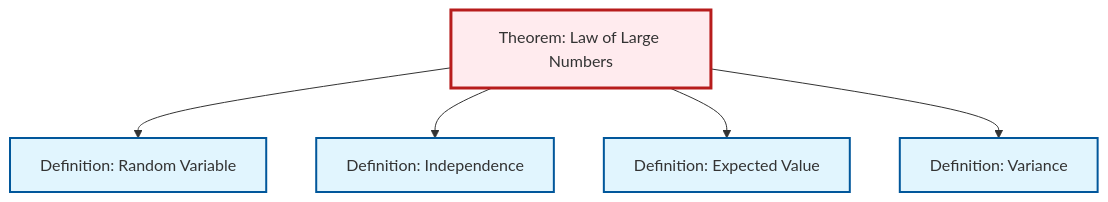
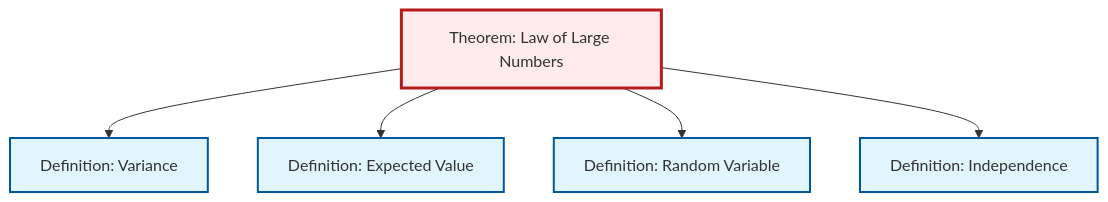
The second of 2 diagrams in content/ja/probability-statistics/thm-law-of-large-numbers.qmd (RK0429/ModernMath), drawn with Mermaid before and after one commit. The commit also changed other lines of this file and 597 other files, not shown here.

````diff
--- a/content/ja/probability-statistics/thm-law-of-large-numbers.qmd
+++ b/content/ja/probability-statistics/thm-law-of-large-numbers.qmd
@@ -89,23 +89,23 @@
 ```{mermaid}
 %%| fig-cap: "Local dependency graph"
 graph TD
     classDef definition fill:#e1f5fe,stroke:#01579b,stroke-width:2px
     classDef theorem fill:#f3e5f5,stroke:#4a148c,stroke-width:2px
     classDef axiom fill:#fff3e0,stroke:#e65100,stroke-width:2px
     classDef example fill:#e8f5e9,stroke:#1b5e20,stroke-width:2px
     classDef current fill:#ffebee,stroke:#b71c1c,stroke-width:3px
-    def-independence["Definition: Independence"]:::definition
+    thm-law-of-large-numbers["Theorem: Law of Large Numbers"]:::theorem
     def-variance["Definition: Variance"]:::definition
     def-expectation["Definition: Expected Value"]:::definition
-    thm-law-of-large-numbers["Theorem: Law of Large Numbers"]:::theorem
     def-random-variable["Definition: Random Variable"]:::definition
+    def-independence["Definition: Independence"]:::definition
+    thm-law-of-large-numbers --> def-variance
+    thm-law-of-large-numbers --> def-expectation
     thm-law-of-large-numbers --> def-random-variable
     thm-law-of-large-numbers --> def-independence
-    thm-law-of-large-numbers --> def-expectation
-    thm-law-of-large-numbers --> def-variance
     class thm-law-of-large-numbers current
-    click def-independence "def-independence.html" "Definition: Independenceへ"
     click def-variance "def-variance.html" "Definition: Varianceへ"
     click def-expectation "def-expectation.html" "Definition: Expected Valueへ"
     click def-random-variable "def-random-variable.html" "Definition: Random Variableへ"
+    click def-independence "def-independence.html" "Definition: Independenceへ"
 ```
````
